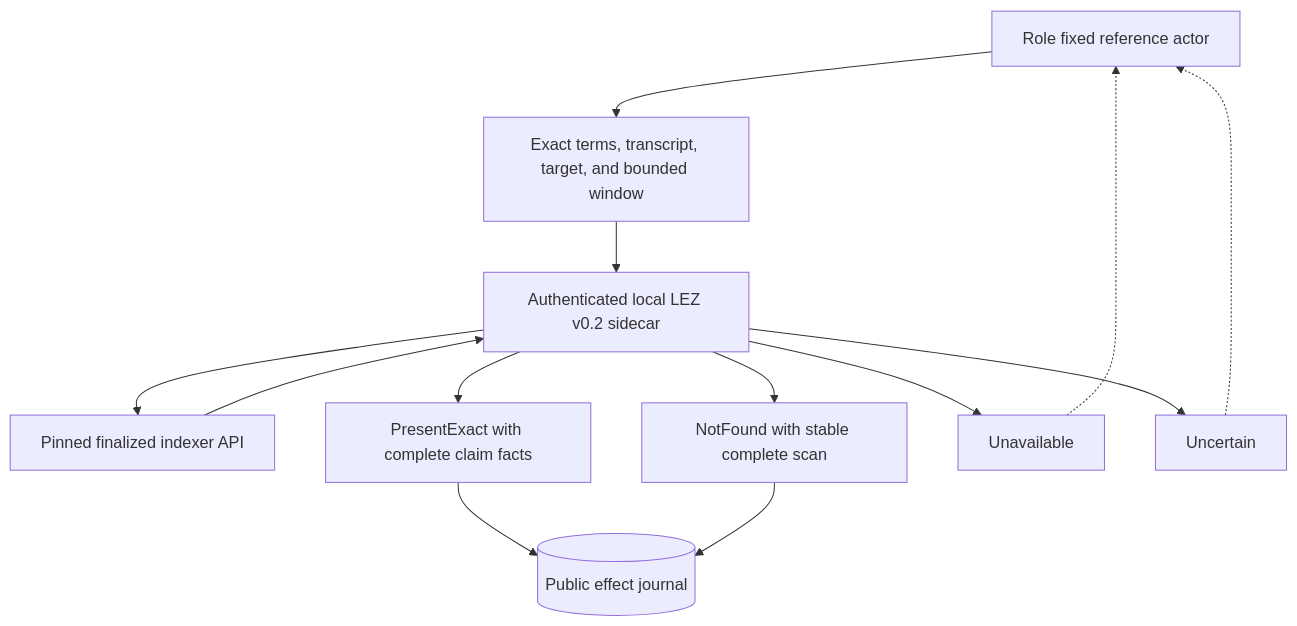
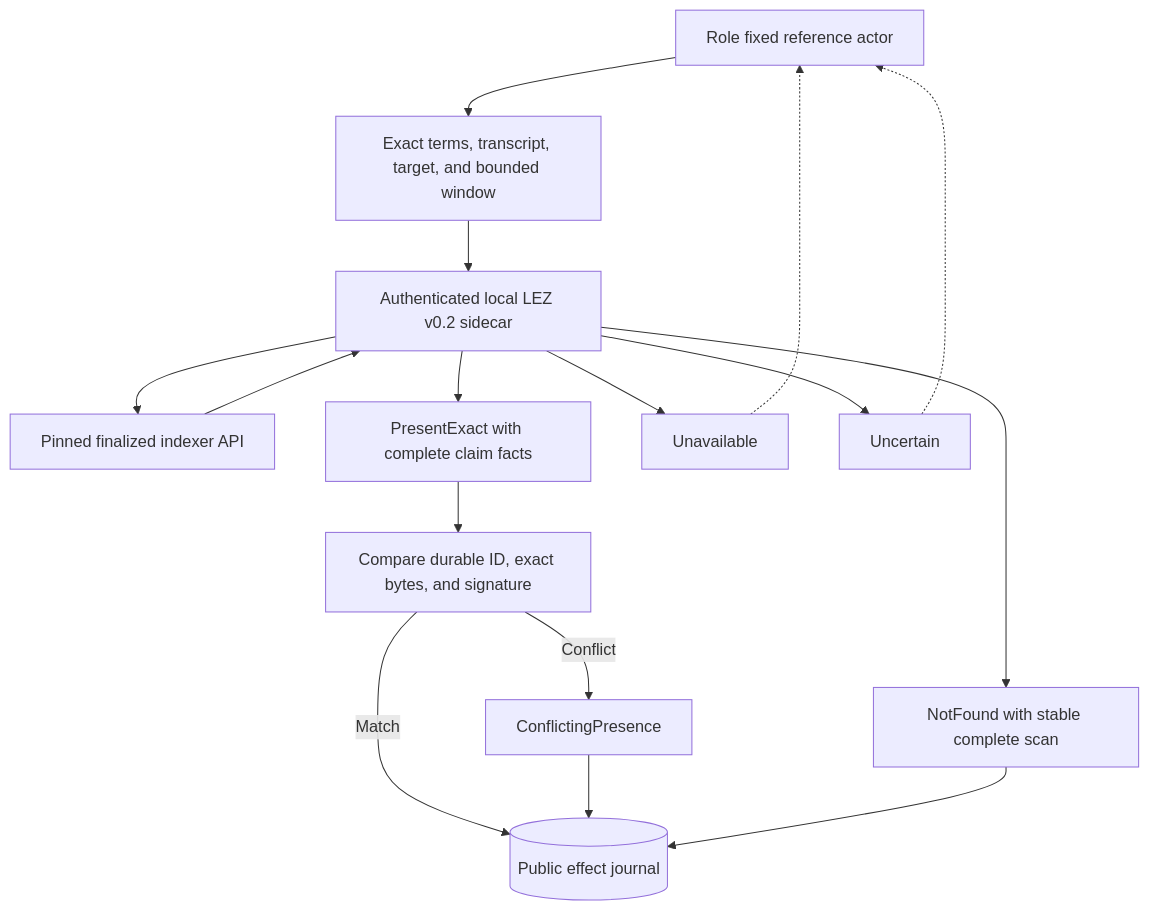
The first of 2 diagrams in docs/architecture/0036-prove-bounded-lez-claim-absence-before-first-send.md (gateway-fm/lez-atomic-swaps), drawn with Mermaid before and after one commit. The commit also changed other lines of this file and 2 other files, not shown here.

Commit message:
docs: compose M3 actor claim architecture

````diff
--- a/docs/architecture/0036-prove-bounded-lez-claim-absence-before-first-send.md
+++ b/docs/architecture/0036-prove-bounded-lez-claim-absence-before-first-send.md
@@ -40,25 +41,30 @@
 ```mermaid
 flowchart TB
     Actor["Role fixed reference actor"]
     Request["Exact terms, transcript, target, and bounded window"]
     Sidecar["Authenticated local LEZ v0.2 sidecar"]
     Indexer["Pinned finalized indexer API"]
     Present["PresentExact with complete claim facts"]
+    Identity["Compare durable ID, exact bytes, and signature"]
+    Conflict["ConflictingPresence"]
     Absent["NotFound with stable complete scan"]
     Unavailable["Unavailable"]
     Uncertain["Uncertain"]
     Journal[("Public effect journal")]
 
     Actor --> Request
     Request --> Sidecar
     Sidecar --> Indexer
     Indexer --> Sidecar
     Sidecar --> Present
     Sidecar --> Absent
     Sidecar --> Unavailable
     Sidecar --> Uncertain
-    Present --> Journal
+    Present --> Identity
+    Identity -->|"Match"| Journal
+    Identity -->|"Conflict"| Conflict
+    Conflict --> Journal
     Absent --> Journal
     Unavailable -.-> Actor
     Uncertain -.-> Actor
 ```
````
